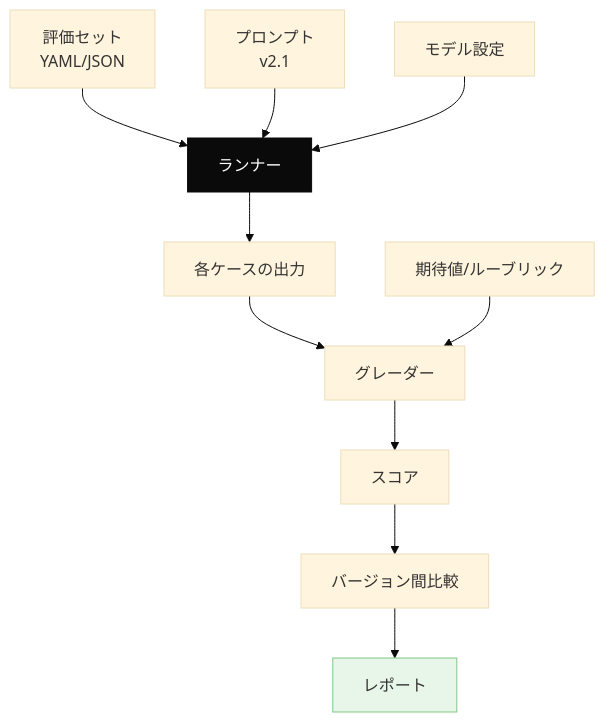
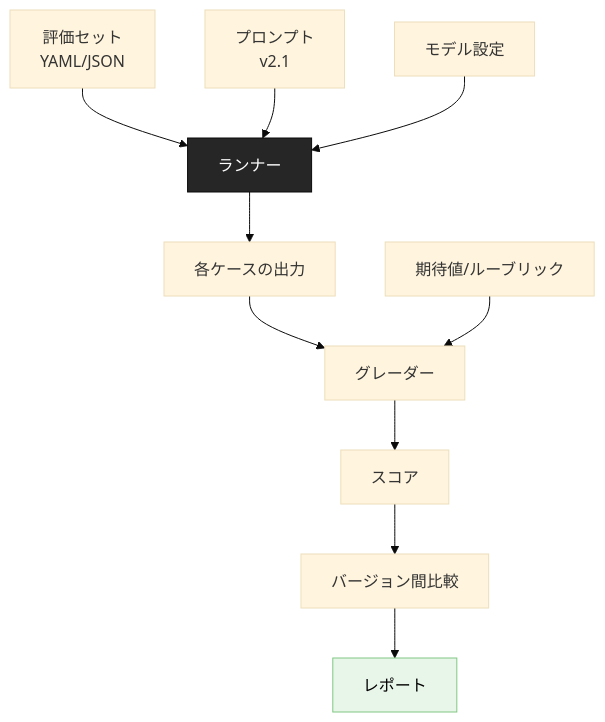
Before and after one commit to dinekt/dinekt-wiki: the first of 3 diagrams in docs/tools/評価ハーネスの設計-プロンプトを育てる仕組み.md, drawn with Mermaid (base theme). The commit also changed other lines of this file and 71 other files, not shown here.

First line of the commit message:
fix: mermaid readability + remove GitHub repo toolbar

````diff
--- a/docs/tools/評価ハーネスの設計-プロンプトを育てる仕組み.md
+++ b/docs/tools/評価ハーネスの設計-プロンプトを育てる仕組み.md
@@ -25,15 +25,15 @@
 ```mermaid
 flowchart TD
     ES[評価セット<br/>YAML/JSON] --> R[ランナー]
     PROMPT[プロンプト<br/>v2.1] --> R
     MODEL[モデル設定] --> R
     R --> OUT[各ケースの出力]
     OUT --> G[グレーダー]
     REF[期待値/ルーブリック] --> G
     G --> S[スコア]
     S --> CMP[バージョン間比較]
     CMP --> REP[レポート]
 
-    style R fill:#0a0a0a,color:#fff,stroke:#0a0a0a
-    style REP fill:#e8f5e9,stroke:#81c784
+    style R fill:#262626,color:#fff,stroke:#0a0a0a
+    style REP fill:#e8f5e9,stroke:#81c784,color:#000
 ```
````
